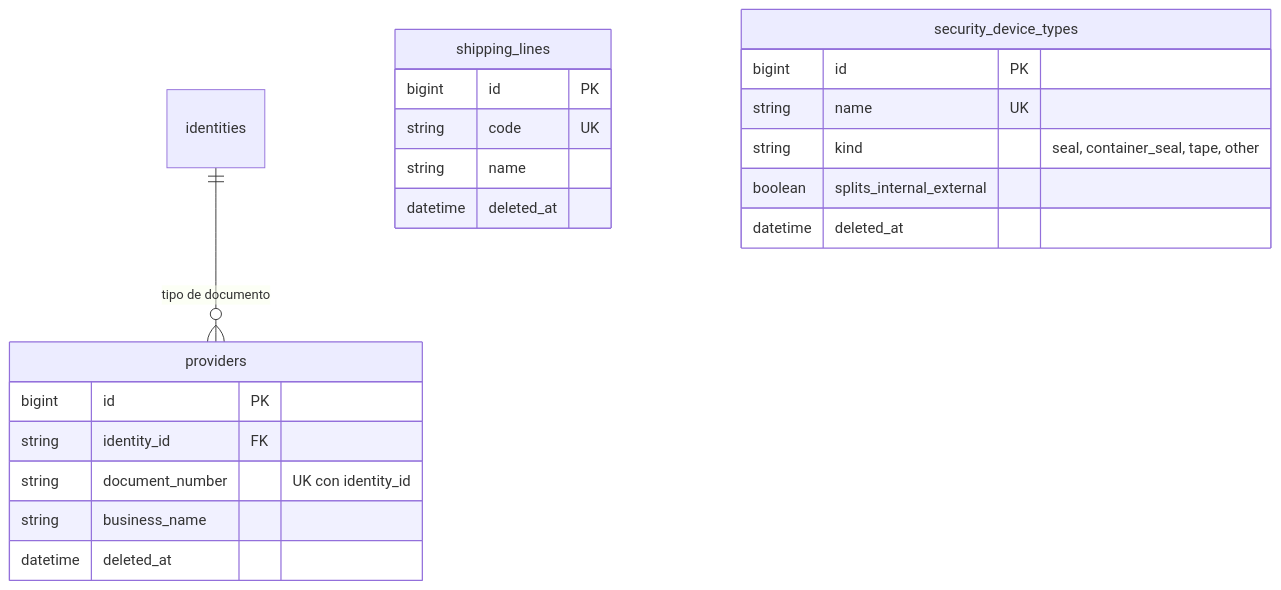
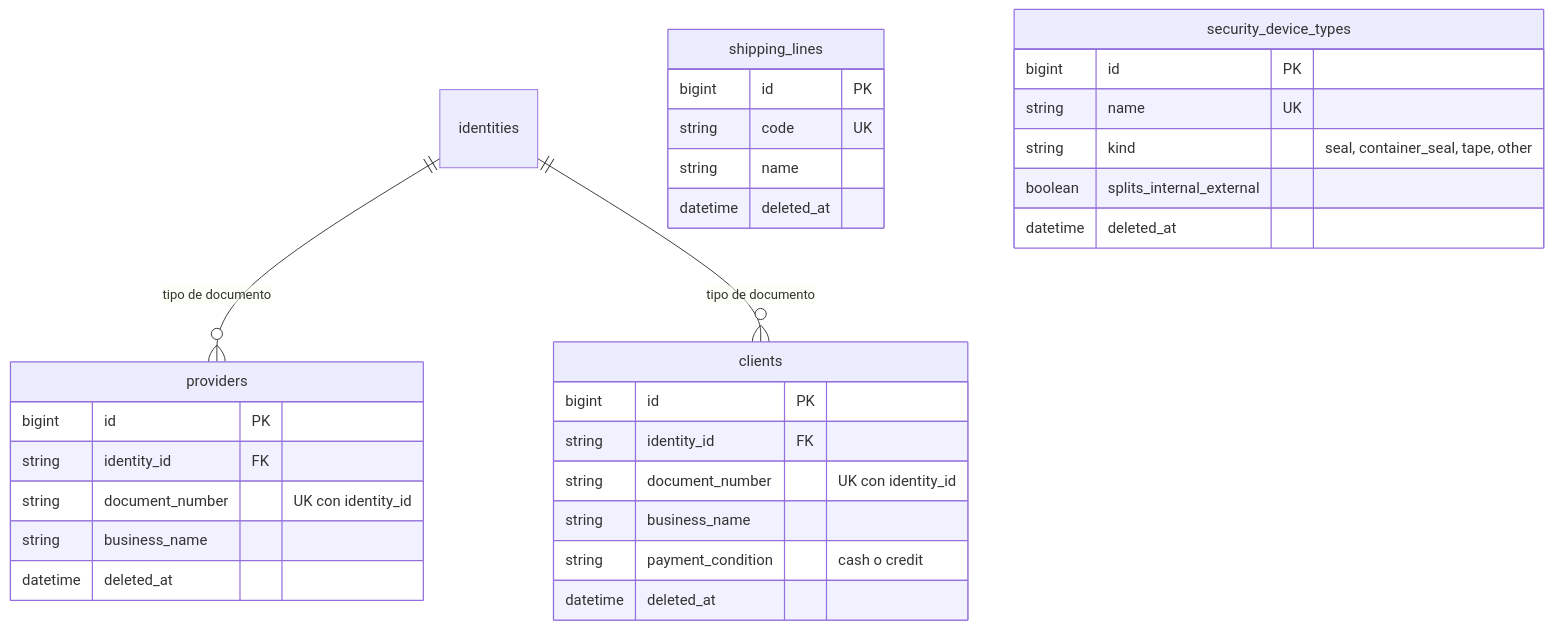
Before and after one commit to Cerati1998/SIGLA-TOS: the second of 10 diagrams in docs/database.md, drawn with Mermaid. The commit also changed other lines of this file, not shown here.

Commit message:
docs(H31): la tabla clients en database.md

````diff
--- a/docs/database.md
+++ b/docs/database.md
@@ -118,25 +119,34 @@
 ```mermaid
 erDiagram
   identities ||--o{ providers : "tipo de documento"
+  identities ||--o{ clients : "tipo de documento"
 
   shipping_lines {
     bigint id PK
     string code UK
     string name
     datetime deleted_at
   }
   providers {
     bigint id PK
     string identity_id FK
     string document_number "UK con identity_id"
     string business_name
     datetime deleted_at
   }
+  clients {
+    bigint id PK
+    string identity_id FK
+    string document_number "UK con identity_id"
+    string business_name
+    string payment_condition "cash o credit"
+    datetime deleted_at
+  }
   security_device_types {
     bigint id PK
     string name UK
     string kind "seal, container_seal, tape, other"
     boolean splits_internal_external
     datetime deleted_at
   }
 ```
````
